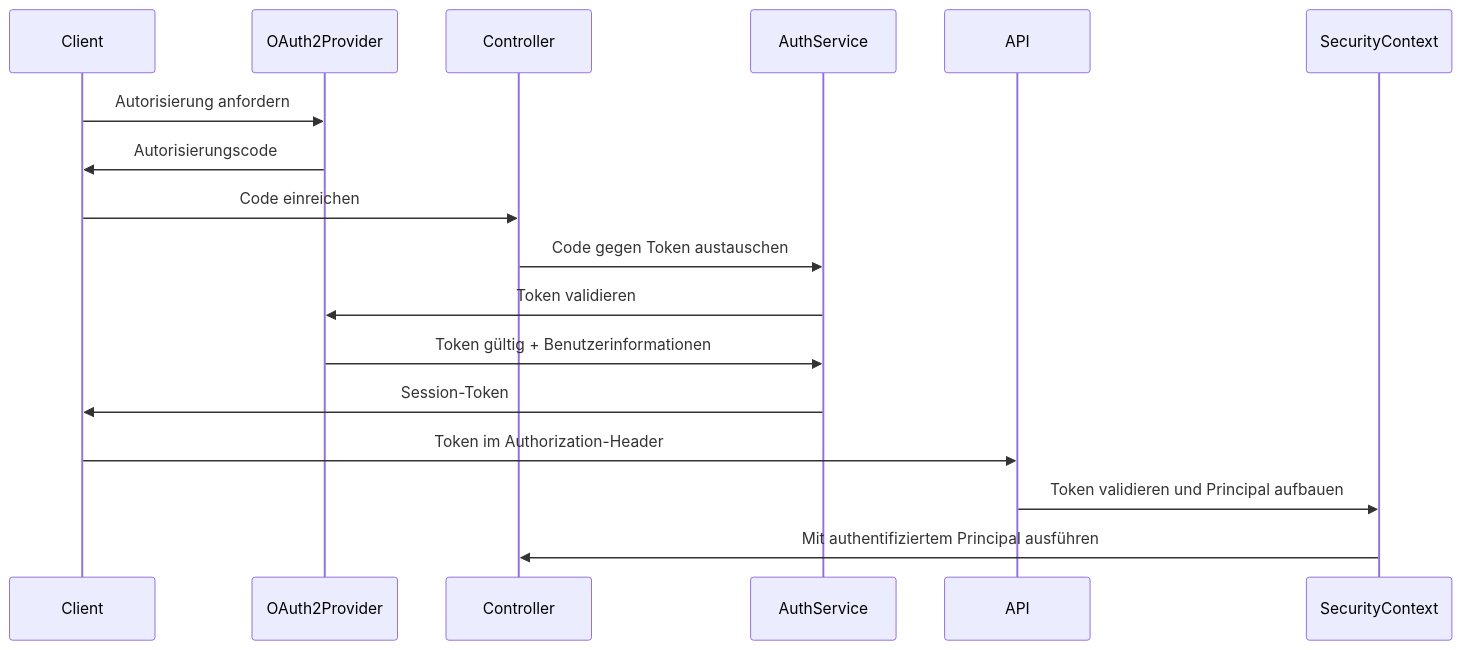
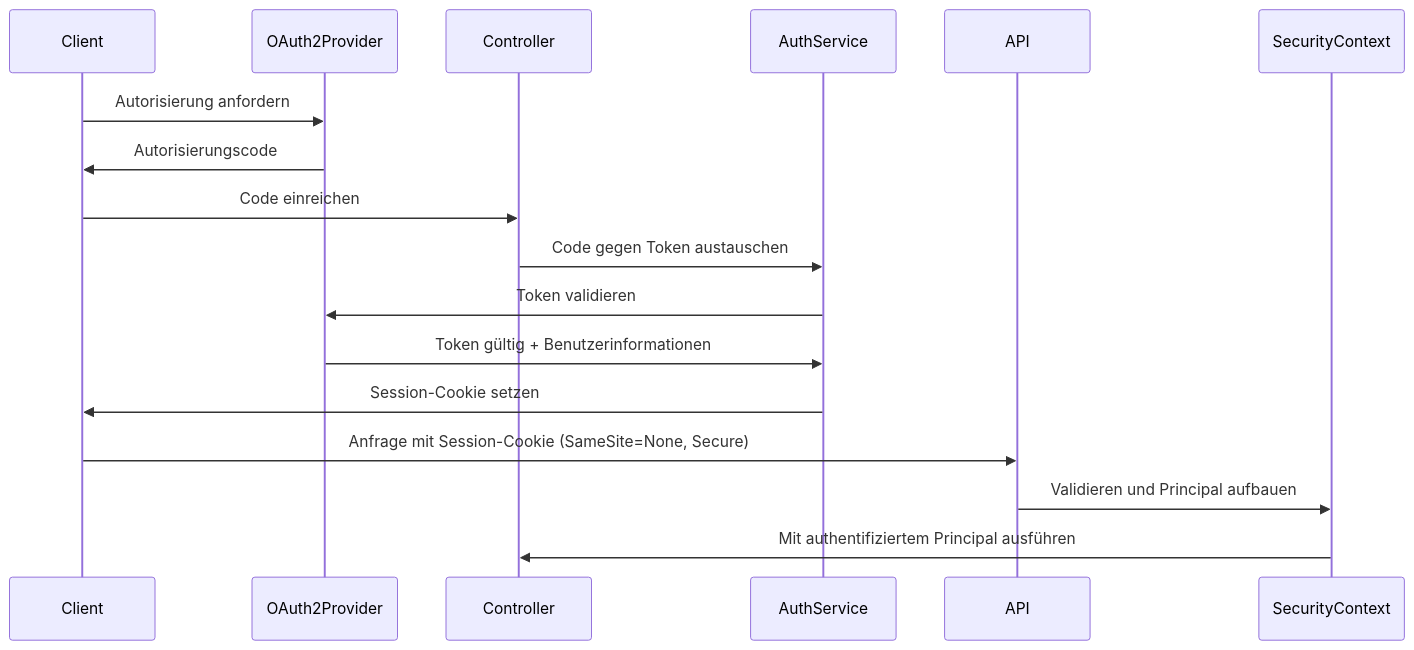
The second of 4 diagrams in docs/backend/architecture/overview-de.md (Keglev/inventory-service), drawn with Mermaid before and after one commit. The commit also changed other lines of this file and 8 other files, not shown here.

````diff
--- a/docs/backend/architecture/overview-de.md
+++ b/docs/backend/architecture/overview-de.md
@@ -115,13 +120,13 @@
 ```mermaid
 sequenceDiagram
   Client->>OAuth2Provider: Autorisierung anfordern
   OAuth2Provider->>Client: Autorisierungscode
   Client->>Controller: Code einreichen
   Controller->>AuthService: Code gegen Token austauschen
   AuthService->>OAuth2Provider: Token validieren
   OAuth2Provider->>AuthService: Token gültig + Benutzerinformationen
-  AuthService->>Client: Session-Token
-  Client->>API: Token im Authorization-Header
-  API->>SecurityContext: Token validieren und Principal aufbauen
+  AuthService->>Client: Session-Cookie setzen
+  Client->>API: Anfrage mit Session-Cookie (SameSite=None, Secure)
+  API->>SecurityContext: Validieren und Principal aufbauen
   SecurityContext->>Controller: Mit authentifiziertem Principal ausführen
 ```
````
